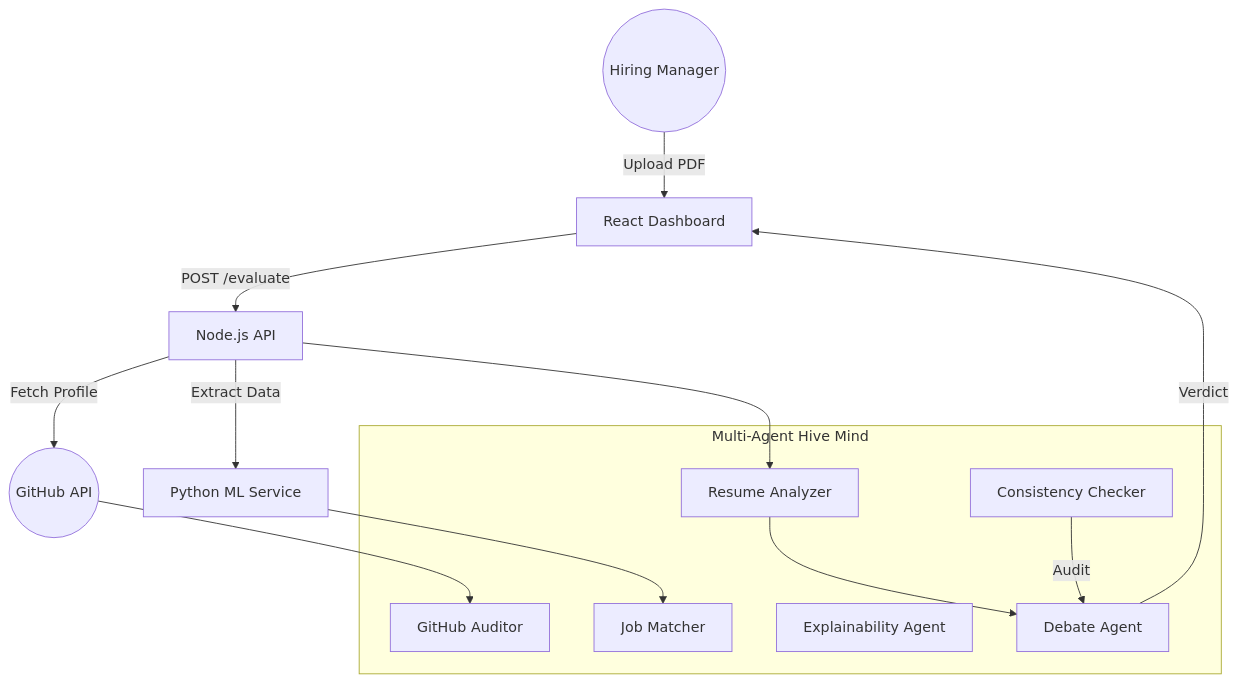
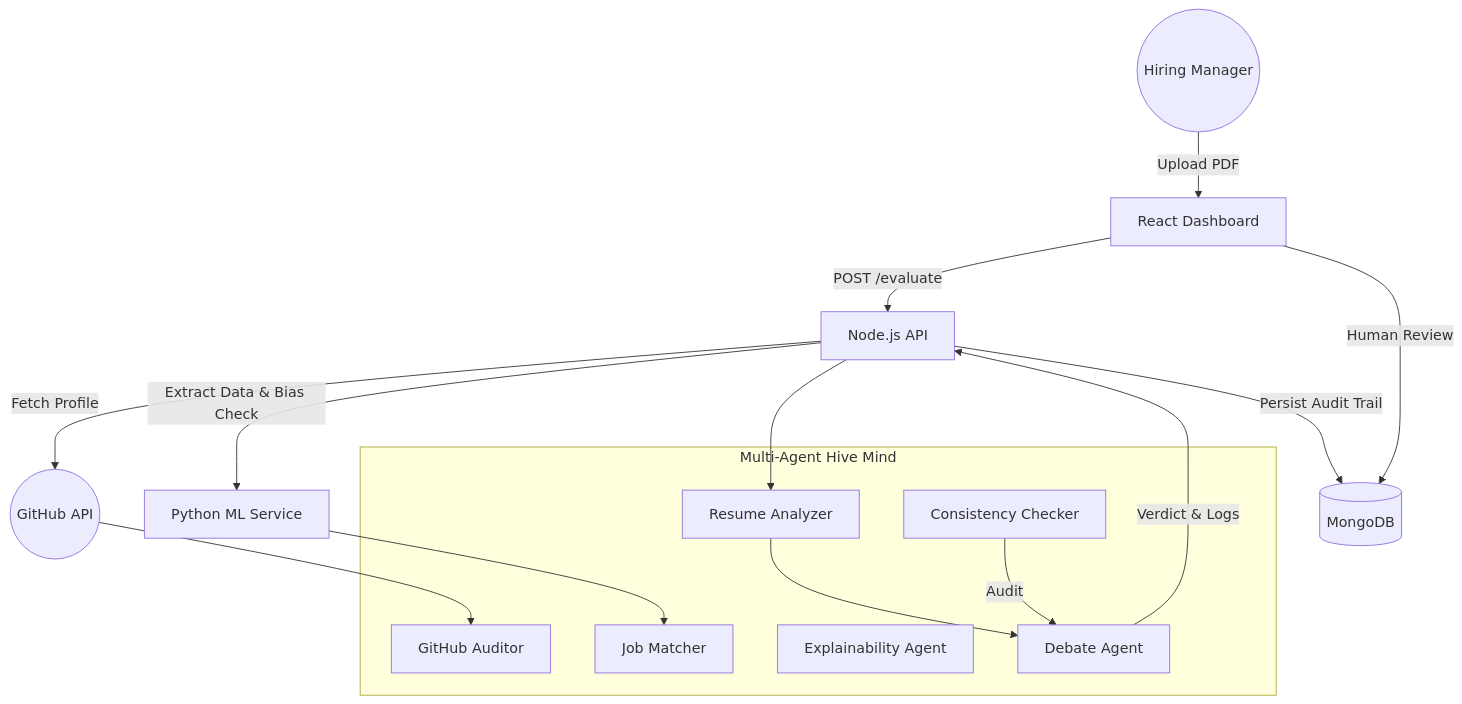
One commit to NARESH-SAI-ARAVIND-S-142/AI-HIRING-ASSISTANT changed the diagram in README.md. Above: the diagram before and after it, drawn with Mermaid. The commit also changed other lines of this file and 26 other files, not shown here.

````diff
--- a/README.md
+++ b/README.md
@@ -13,23 +13,25 @@
 ```mermaid
 graph TD
     User((Hiring Manager)) -->|Upload PDF| Dashboard[React Dashboard]
     Dashboard -->|POST /evaluate| Backend[Node.js API]
-    Backend -->|Extract Data| ML[Python ML Service]
+    Backend -->|Extract Data & Bias Check| ML[Python ML Service]
     Backend -->|Fetch Profile| GitHub((GitHub API))
     
     subgraph "Multi-Agent Hive Mind"
         Agent1[Resume Analyzer]
         Agent2[GitHub Auditor]
         Agent3[Job Matcher]
         Agent4[Consistency Checker]
         Agent5[Explainability Agent]
         Agent6[Debate Agent]
     end
     
     Backend --> Agent1
     Agent1 --> Agent6
     GitHub --> Agent2
     ML --> Agent3
     Agent4 -->|Audit| Agent6
-    Agent6 -->|Verdict| Dashboard
+    Agent6 -->|Verdict & Logs| Backend
+    Backend -->|Persist Audit Trail| DB[(MongoDB)]
+    Dashboard -->|Human Review| DB
 ```
````
